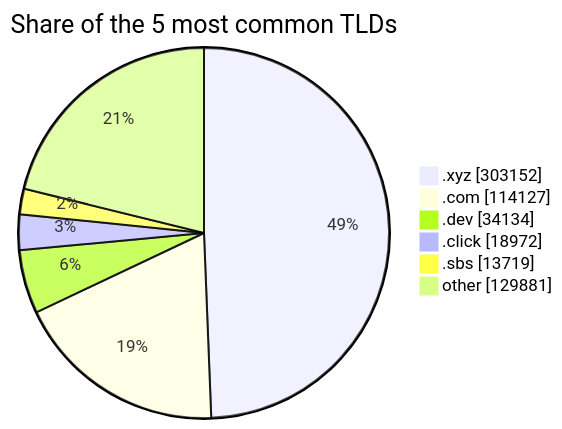
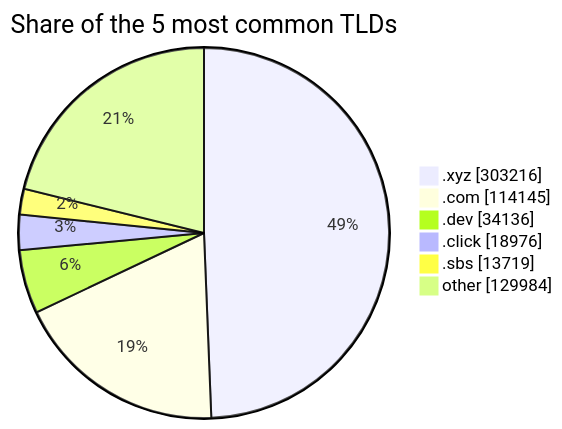
Before and after one commit to DNSBunker/CTI: the third of 3 diagrams in README.md, drawn with Mermaid. The commit also changed other lines of this file and 3 other files, not shown here.

````diff
--- a/README.md
+++ b/README.md
@@ -81,9 +81,9 @@
 ```mermaid
 pie showData title Share of the 5 most common TLDs
-    ".xyz" : 303152
-    ".com" : 114127
-    ".dev" : 34134
-    ".click" : 18972
+    ".xyz" : 303216
+    ".com" : 114145
+    ".dev" : 34136
+    ".click" : 18976
     ".sbs" : 13719
-    "other" : 129881
+    "other" : 129984
 ```
````
